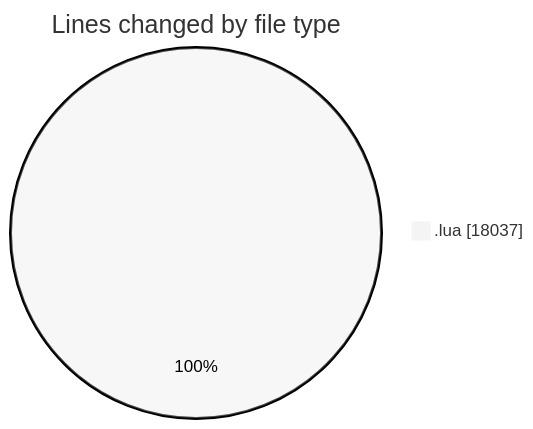
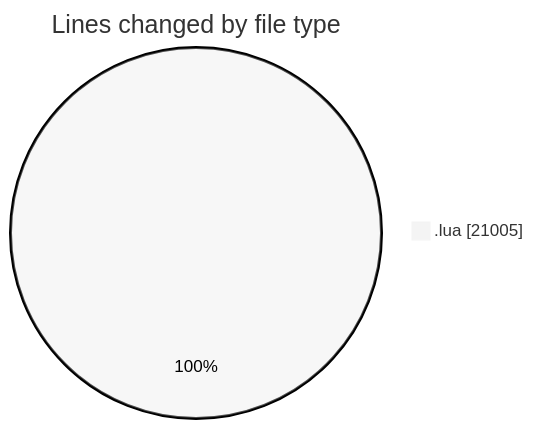
Before and after one commit to 3Nya3/code-tracking: the first of 2 diagrams in 2025-01-02/mods/README.md, drawn with Mermaid (neutral theme). The commit also changed other lines of this file and 1 other file, not shown here.

````diff
--- a/2025-01-02/mods/README.md
+++ b/2025-01-02/mods/README.md
@@ -21,5 +21,5 @@
 ```mermaid
 pie showData
 title Lines changed by file type
-".lua" : 18037
+".lua" : 21005
 ```
````
